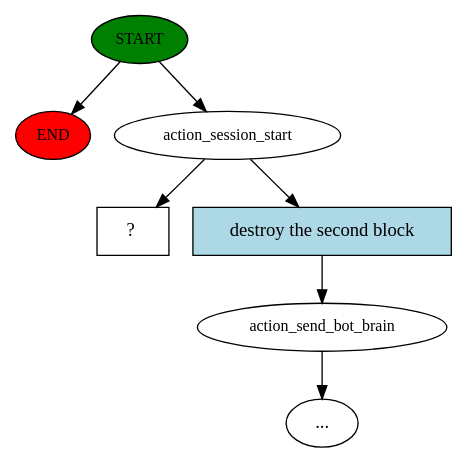
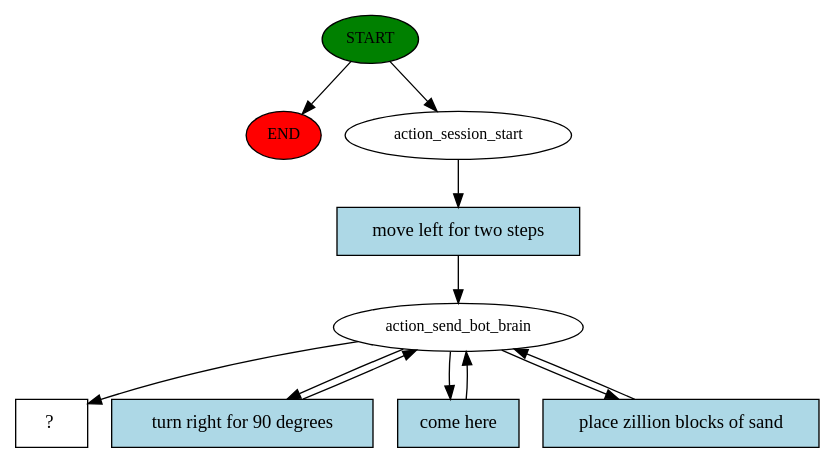
One commit to MaikePaetzel/minetest-agent changed the diagram in dialog_manager/rasa_dm/story_graph.dot. Above: the diagram before and after it, drawn with Graphviz. The commit also changed 10 other files, not shown here.

```diff
--- a/dialog_manager/rasa_dm/story_graph.dot
+++ b/dialog_manager/rasa_dm/story_graph.dot
@@ -1,15 +1,22 @@
 digraph  {
 0 [class="start active", fillcolor=green, fontsize=12, label=START, style=filled];
 "-1" [class=end, fillcolor=red, fontsize=12, label=END, style=filled];
 1 [class=active, fontsize=12, label=action_session_start];
-2 [class="", fontsize=12, label=action_send_bot_brain];
-"-3" [class=ellipsis, label="..."];
-4 [class="intent dashed active", label="  ?  ", shape=rect];
-5 [class=intent, fillcolor=lightblue, label="destroy the second block", shape=rect, style=filled];
+2 [class=active, fontsize=12, label=action_send_bot_brain];
+7 [class="intent dashed active", label="  ?  ", shape=rect];
+8 [class="intent active", fillcolor=lightblue, label="move left for two steps", shape=rect, style=filled];
+9 [class="intent active", fillcolor=lightblue, label="turn right for 90 degrees", shape=rect, style=filled];
+10 [class="intent active", fillcolor=lightblue, label="come here", shape=rect, style=filled];
+11 [class="intent active", fillcolor=lightblue, label="place zillion blocks of sand", shape=rect, style=filled];
 0 -> "-1"  [class="", key=NONE, label=""];
 0 -> 1  [class=active, key=NONE, label=""];
-1 -> 4  [class=active, key=NONE, label=""];
-1 -> 5  [class="", key=0];
-2 -> "-3"  [class="", key=NONE, label=""];
-5 -> 2  [class="", key=0];
+1 -> 8  [class=active, key=0];
+2 -> 7  [class=active, key=NONE, label=""];
+2 -> 9  [class=active, key=0];
+2 -> 10  [class=active, key=0];
+2 -> 11  [class=active, key=0];
+8 -> 2  [class=active, key=0];
+9 -> 2  [class=active, key=0];
+10 -> 2  [class=active, key=0];
+11 -> 2  [class=active, key=0];
 }
```
